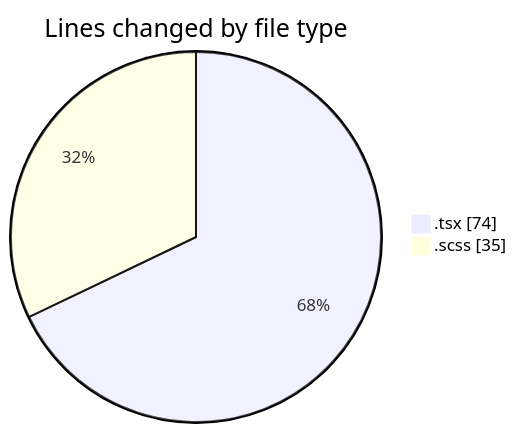
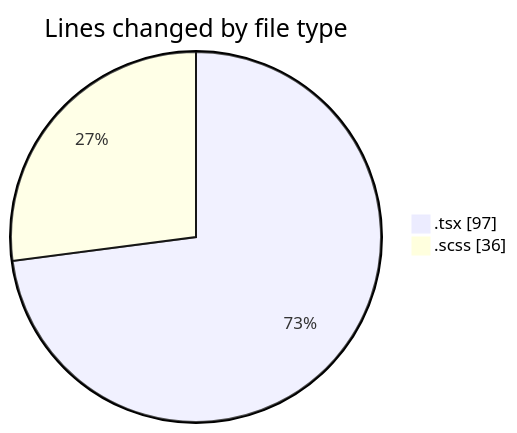
Before and after one commit to momahboobian/code-tracking: the first of 2 diagrams in 2026-10-30/cda/README.md, drawn with Mermaid. The commit also changed other lines of this file and 1 other file, not shown here.

````diff
--- a/2026-10-30/cda/README.md
+++ b/2026-10-30/cda/README.md
@@ -21,6 +21,6 @@
 ```mermaid
 pie showData
 title Lines changed by file type
-".tsx" : 74
-".scss" : 35
+".tsx" : 97
+".scss" : 36
 ```
````
